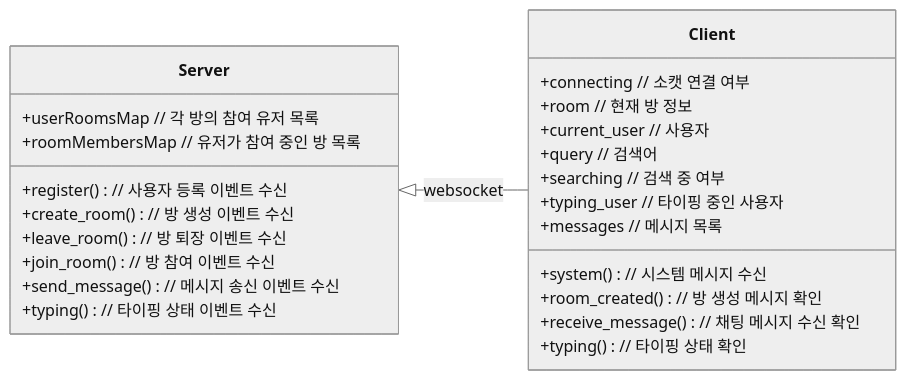
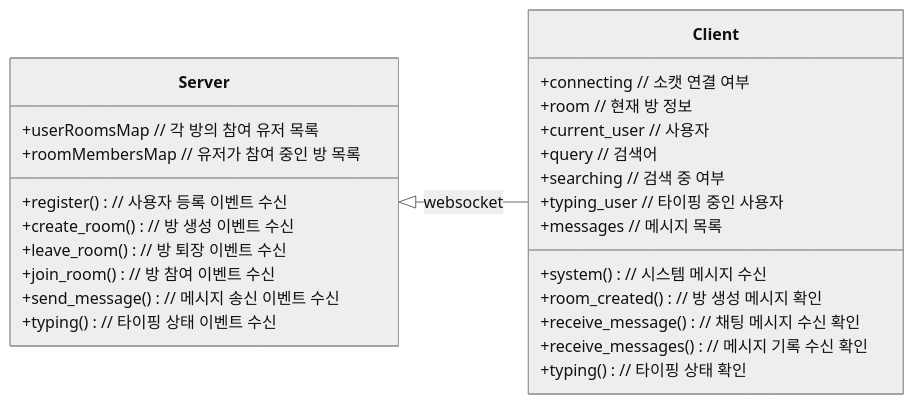
Before and after one commit to NarciSource/Chat-Socket.IO: the first of 2 diagrams in README.md, drawn with Mermaid (neutral theme). The commit also changed other lines of this file, not shown here.

````diff
--- a/README.md
+++ b/README.md
@@ -89,31 +97,32 @@
 ```mermaid
 classDiagram
     direction RL
 
     class Client {
         +connecting // 소캣 연결 여부
         +room // 현재 방 정보
         +current_user // 사용자
         +query // 검색어
         +searching // 검색 중 여부
         +typing_user // 타이핑 중인 사용자
         +messages // 메시지 목록
         +system() // 시스템 메시지 수신
         +room_created() // 방 생성 메시지 확인
         +receive_message() // 채팅 메시지 수신 확인
+        +receive_messages() // 메시지 기록 수신 확인
         +typing() // 타이핑 상태 확인
     }
 
     class Server {
         +userRoomsMap // 각 방의 참여 유저 목록
         +roomMembersMap // 유저가 참여 중인 방 목록
         +register() // 사용자 등록 이벤트 수신
         +create_room() // 방 생성 이벤트 수신
         +leave_room() // 방 퇴장 이벤트 수신
         +join_room() // 방 참여 이벤트 수신
         +send_message() // 메시지 송신 이벤트 수신
         +typing() // 타이핑 상태 이벤트 수신
     }
 
     Client --|> Server : websocket
 ```
````
